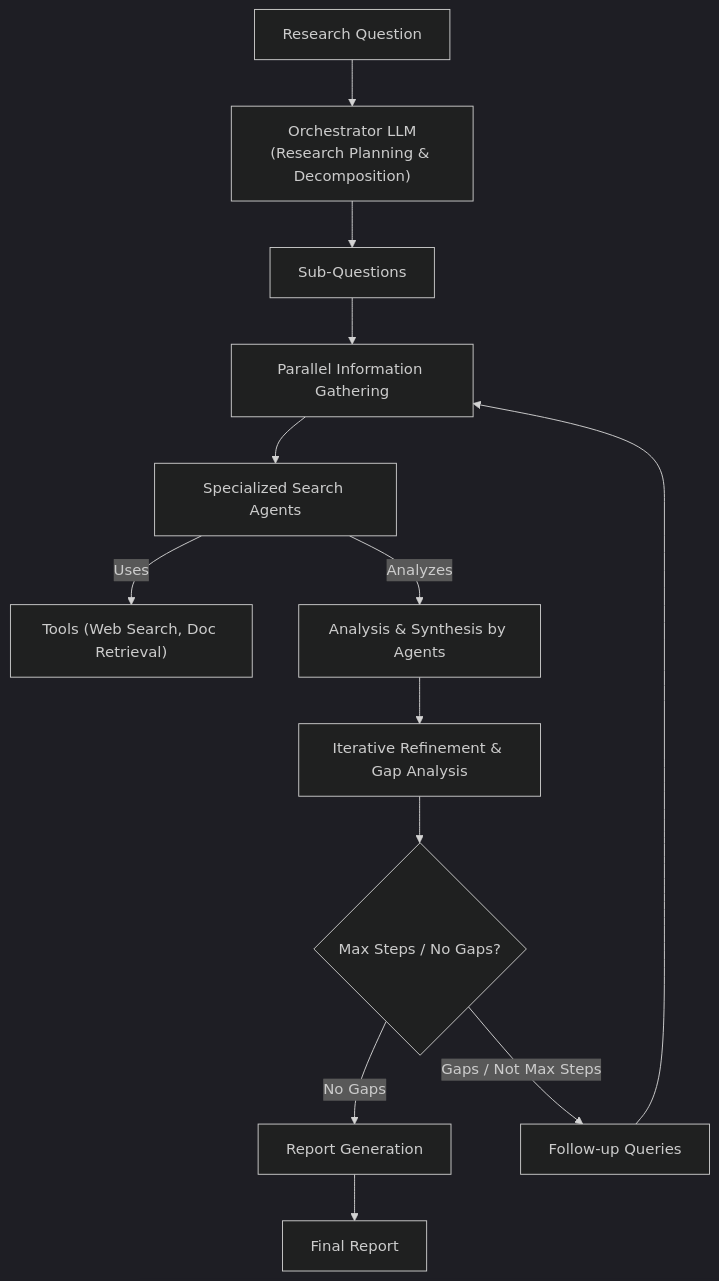
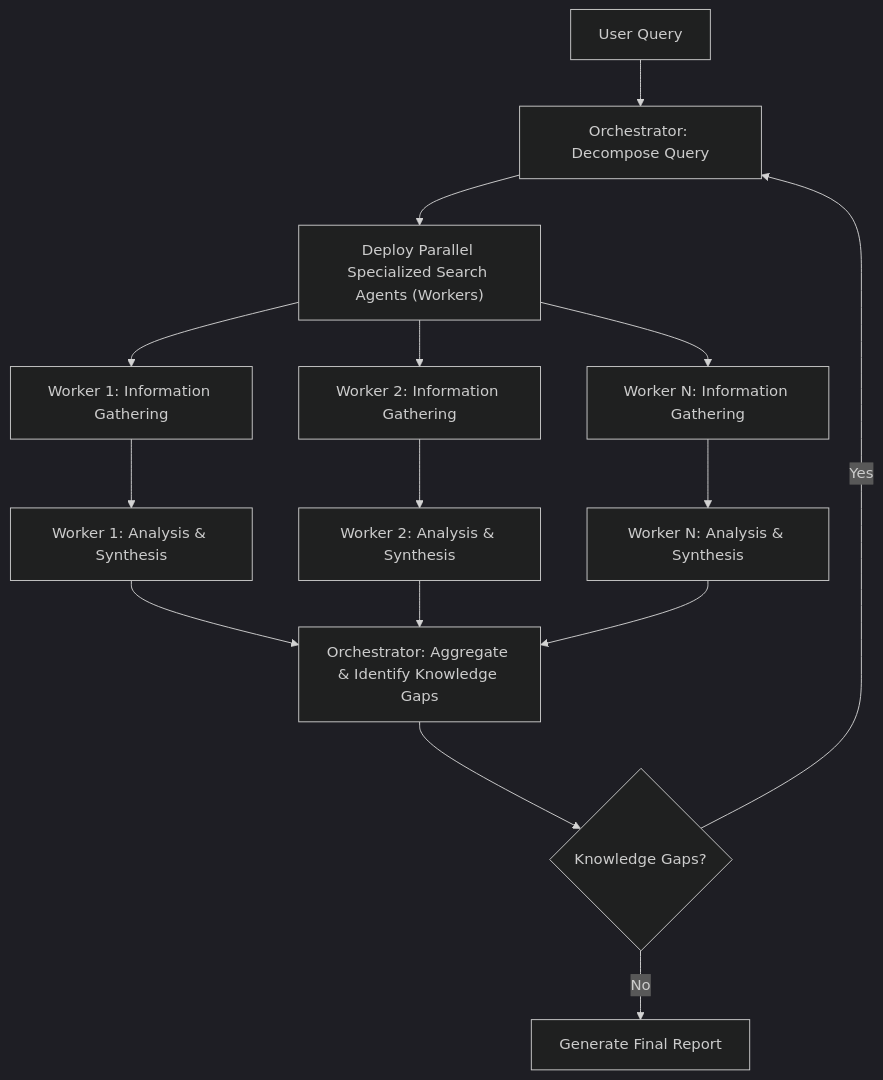
The ninth of 9 diagrams in data/inputs/tests/02_sample_medium/article.md (iusztinpaul/agentic-ai-engineering-course-data), drawn with Mermaid (dark theme) before and after one commit. The commit also changed other lines of this file and 3 other files, not shown here.

````diff
--- a/data/inputs/tests/02_sample_medium/article.md
+++ b/data/inputs/tests/02_sample_medium/article.md
@@ -250,15 +239,17 @@
 ```mermaid
 graph TD
-    RQ["Research Question"] --> OLLM["Orchestrator LLM\n(Research Planning & Decomposition)"]
-    OLLM --> SQ["Sub-Questions"]
-    SQ --> PIG["Parallel Information Gathering"]
-    PIG --> SSA["Specialized Search Agents"]
-    SSA -- "Uses" --> T["Tools (Web Search, Doc Retrieval)"]
-    SSA -- "Analyzes" --> AS["Analysis & Synthesis by Agents"]
-    AS --> IRA["Iterative Refinement & Gap Analysis"]
-    IRA --> MSC{"Max Steps / No Gaps?"}
-    MSC -- "No Gaps" --> RG["Report Generation"]
-    MSC -- "Gaps / Not Max Steps" --> FG["Follow-up Queries"]
-    FG --> PIG
-    RG --> FR["Final Report"]
+    A["User Query"] --> B["Orchestrator: Decompose Query"]
+    B --> C["Deploy Parallel Specialized Search Agents (Workers)"]
+    C --> D1["Worker 1: Information Gathering"]
+    C --> D2["Worker 2: Information Gathering"]
+    C --> D3["Worker N: Information Gathering"]
+    D1 --> E1["Worker 1: Analysis & Synthesis"]
+    D2 --> E2["Worker 2: Analysis & Synthesis"]
+    D3 --> E3["Worker N: Analysis & Synthesis"]
+    E1 --> F["Orchestrator: Aggregate & Identify Knowledge Gaps"]
+    E2 --> F
+    E3 --> F
+    F --> G{"Knowledge Gaps?"}
+    G -->|"Yes"| B
+    G -->|"No"| H["Generate Final Report"]
 ```
````
